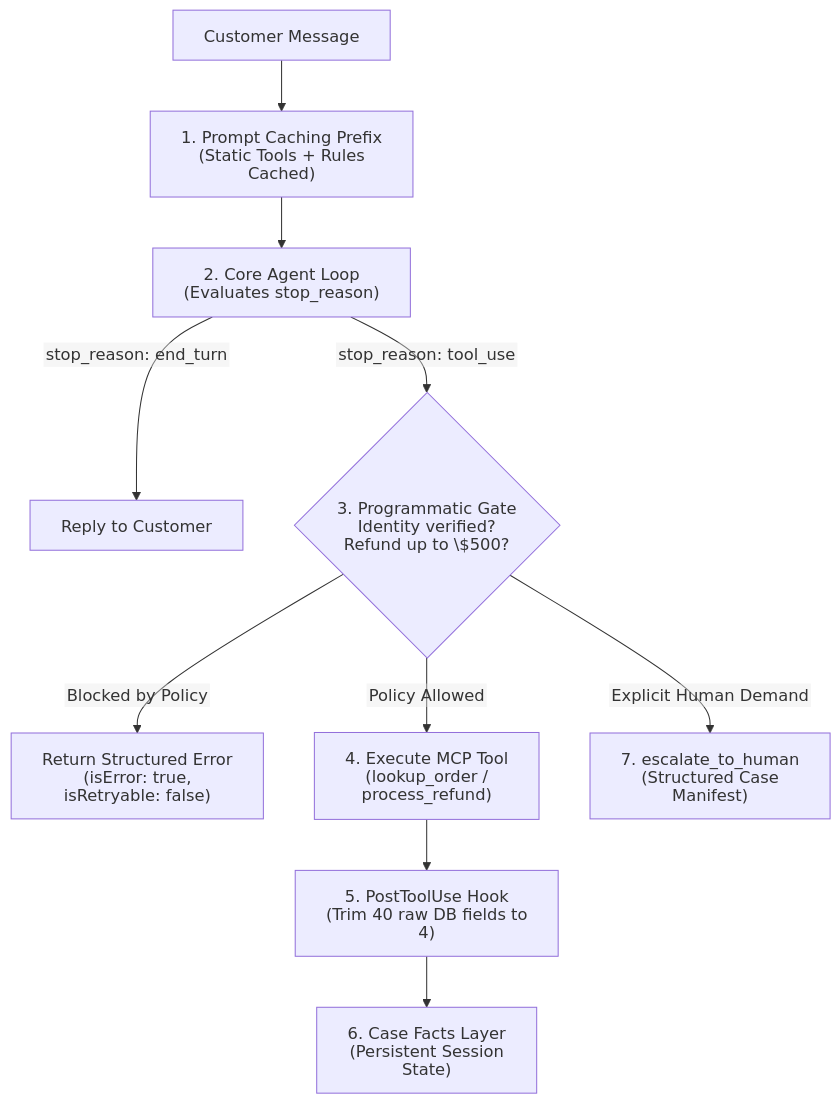
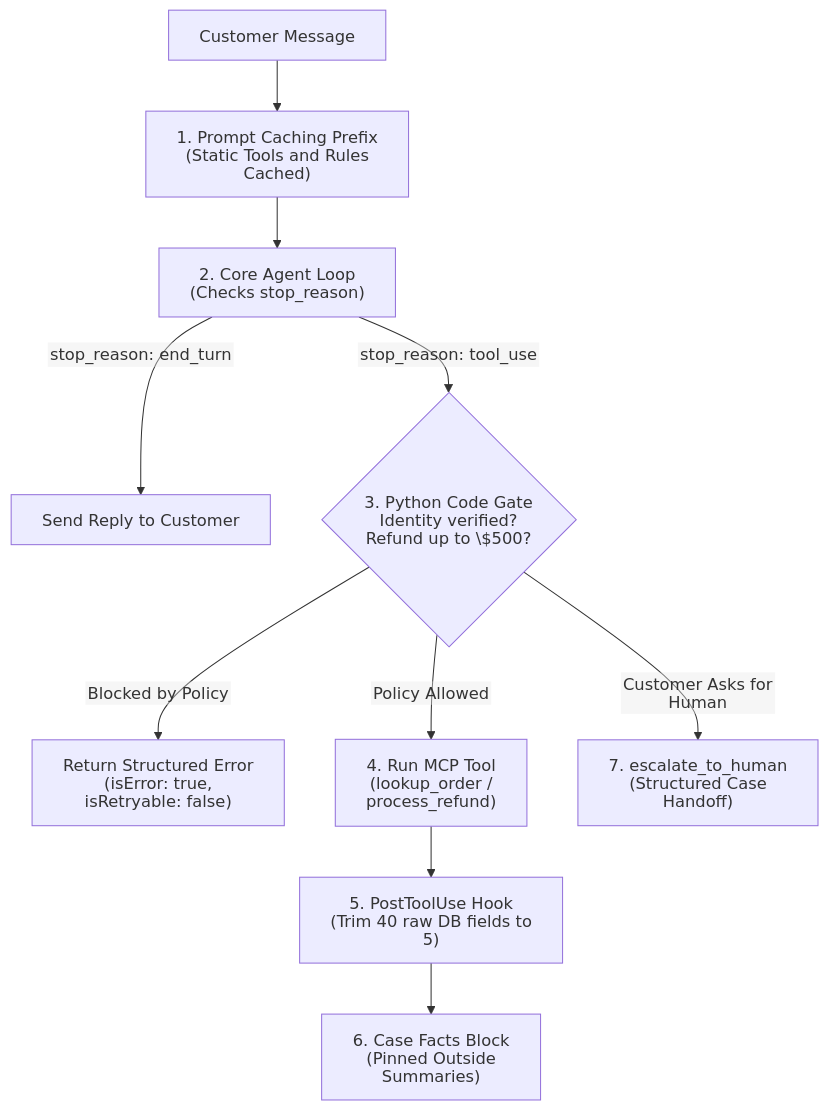
One commit to dip4k/claude_cert_architect_foundation_prep changed the first of 2 diagrams in scenarios/scenario_1_customer_support/SCENARIO_GUIDE.md. Above: the diagram before and after it, drawn with Mermaid. The commit also changed other lines of this file and 13 other files, not shown here.

````diff
--- a/scenarios/scenario_1_customer_support/SCENARIO_GUIDE.md
+++ b/scenarios/scenario_1_customer_support/SCENARIO_GUIDE.md
@@ -20,19 +22,19 @@
 ```mermaid
 ---
 config:
   htmlLabels: false
 ---
 flowchart TD
-    User["Customer Message"] --> Cache["1. Prompt Caching Prefix<br>(Static Tools + Rules Cached)"]
-    Cache --> Loop["2. Core Agent Loop<br>(Evaluates stop_reason)"]
+    User["Customer Message"] --> Cache["1. Prompt Caching Prefix<br>(Static Tools and Rules Cached)"]
+    Cache --> Loop["2. Core Agent Loop<br>(Checks stop_reason)"]
 
-    Loop -->|"stop_reason: end_turn"| Reply["Reply to Customer"]
-    Loop -->|"stop_reason: tool_use"| Gate{"3. Programmatic Gate<br>Identity verified?<br>Refund up to \$500?"}
+    Loop -->|"stop_reason: end_turn"| Reply["Send Reply to Customer"]
+    Loop -->|"stop_reason: tool_use"| Gate{"3. Python Code Gate<br>Identity verified?<br>Refund up to \$500?"}
 
     Gate -->|"Blocked by Policy"| Err["Return Structured Error<br>(isError: true, isRetryable: false)"]
-    Gate -->|"Policy Allowed"| Exec["4. Execute MCP Tool<br>(lookup_order / process_refund)"]
-    Gate -->|"Explicit Human Demand"| Escalate["7. escalate_to_human<br>(Structured Case Manifest)"]
+    Gate -->|"Policy Allowed"| Exec["4. Run MCP Tool<br>(lookup_order / process_refund)"]
+    Gate -->|"Customer Asks for Human"| Escalate["7. escalate_to_human<br>(Structured Case Handoff)"]
 
-    Exec --> Trim["5. PostToolUse Hook<br>(Trim 40 raw DB fields to 4)"]
-    Trim --> Facts["6. Case Facts Layer<br>(Persistent Session State)"]
+    Exec --> Trim["5. PostToolUse Hook<br>(Trim 40 raw DB fields to 5)"]
+    Trim --> Facts["6. Case Facts Block<br>(Pinned Outside Summaries)"]
 ```
````
